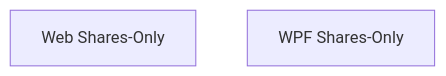
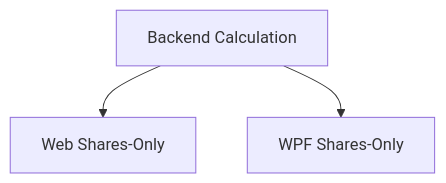
The diagram in docs/prd/P56-prd-realized-gain-loss-shares-only/prd-realized-gain-loss-shares-only.md (ggibellato/Financial), drawn with Mermaid before and after one commit. The commit also changed other lines of this file and 6 other files, not shown here.

First line of the commit message:
docs(P56): move realized shares-only calc to backend, avoid FE duplication

````diff
--- a/docs/prd/P56-prd-realized-gain-loss-shares-only/prd-realized-gain-loss-shares-only.md
+++ b/docs/prd/P56-prd-realized-gain-loss-shares-only/prd-realized-gain-loss-shares-only.md
@@ -113,5 +144,5 @@
 ```mermaid
 graph TD
-  F01[Web Shares-Only]
-  F02[WPF Shares-Only]
+  F01[Backend Calculation] --> F02[Web Shares-Only]
+  F01 --> F03[WPF Shares-Only]
 ```
````
